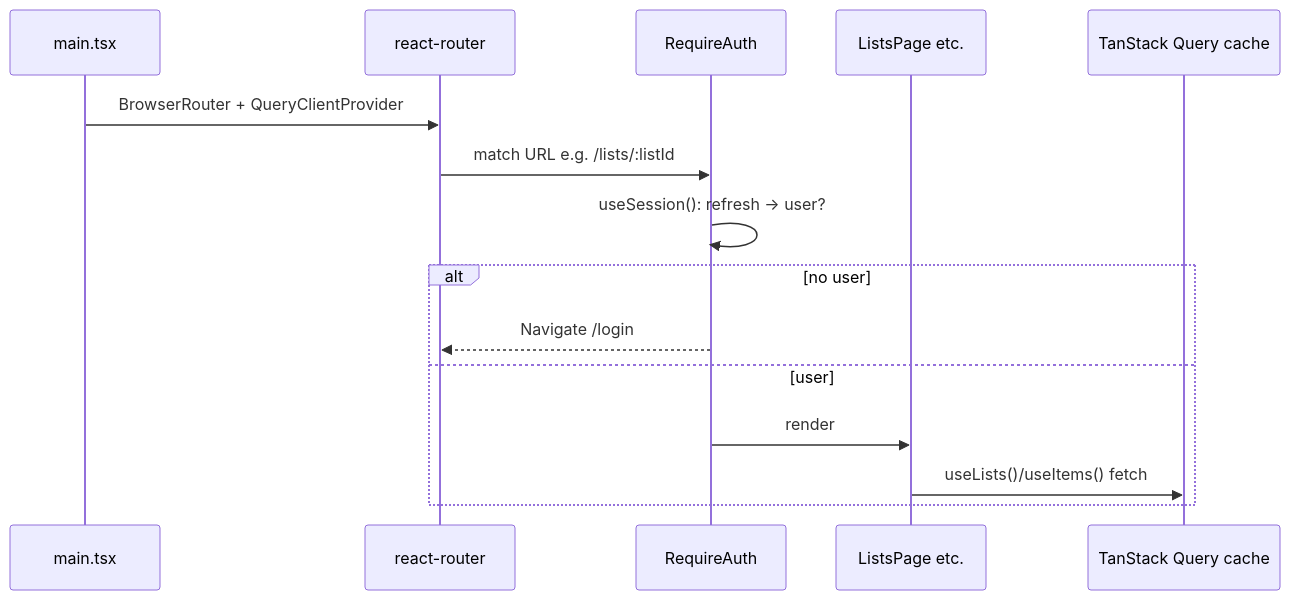
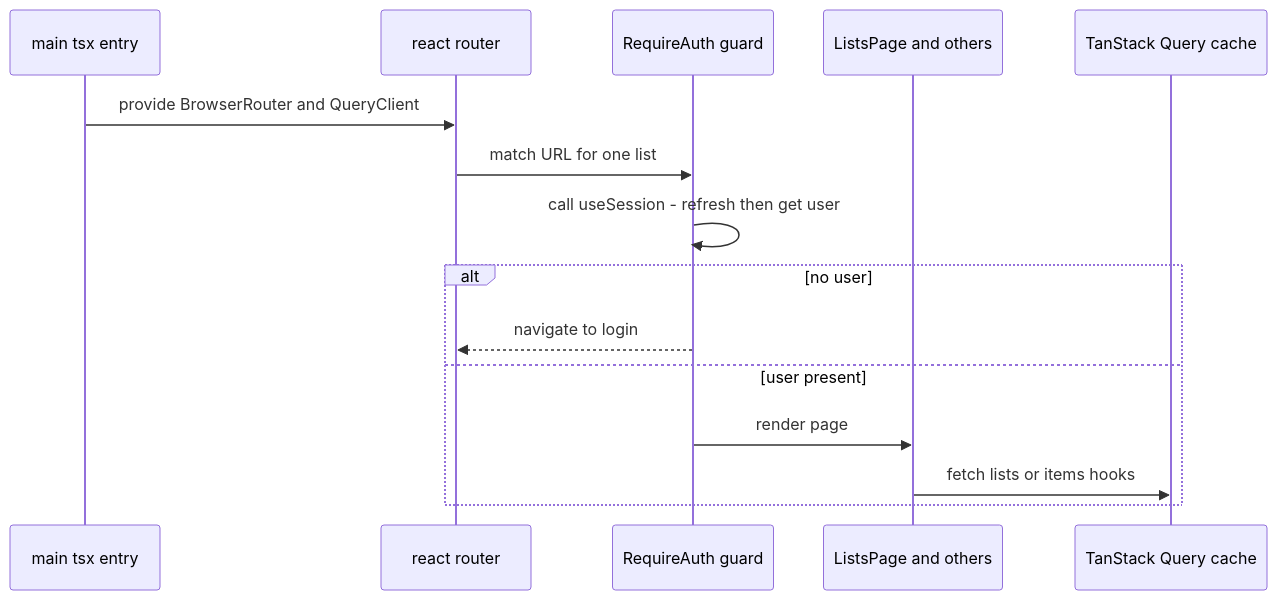
Before and after one commit to Bushische/grocery-app: the seventh of 10 diagrams in docs/PROJECT_LEARNING.md, drawn with Mermaid. The commit also changed other lines of this file and 6 other files, not shown here.

````diff
--- a/docs/PROJECT_LEARNING.md
+++ b/docs/PROJECT_LEARNING.md
@@ -392,17 +358,17 @@
 ```mermaid
 sequenceDiagram
-  participant Main as main.tsx
-  participant Router as react-router
-  participant Guard as RequireAuth
-  participant Page as ListsPage etc.
+  participant Main as main tsx entry
+  participant Router as react router
+  participant Guard as RequireAuth guard
+  participant Page as ListsPage and others
   participant Q as TanStack Query cache
-  Main->>Router: BrowserRouter + QueryClientProvider
-  Router->>Guard: match URL e.g. /lists/:listId
-  Guard->>Guard: useSession(): refresh → user?
+  Main->>Router: provide BrowserRouter and QueryClient
+  Router->>Guard: match URL for one list
+  Guard->>Guard: call useSession - refresh then get user
   alt no user
-    Guard-->>Router: Navigate /login
-  else user
-    Guard->>Page: render
-    Page->>Q: useLists()/useItems() fetch
+    Guard-->>Router: navigate to login
+  else user present
+    Guard->>Page: render page
+    Page->>Q: fetch lists or items hooks
   end
 ```
````
